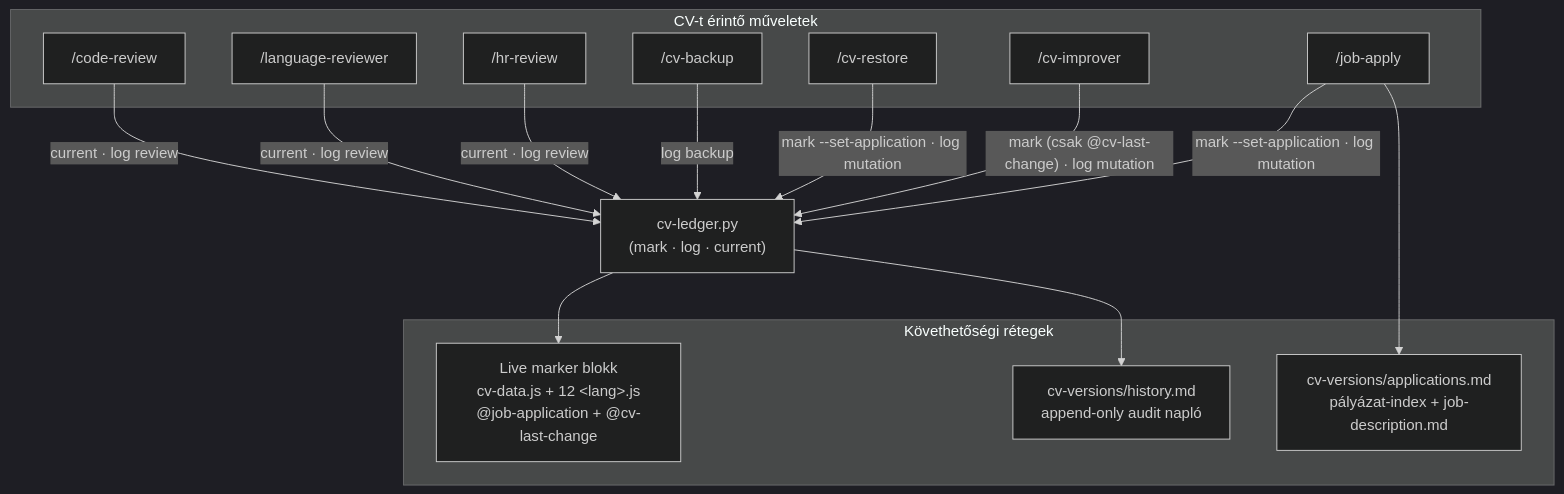
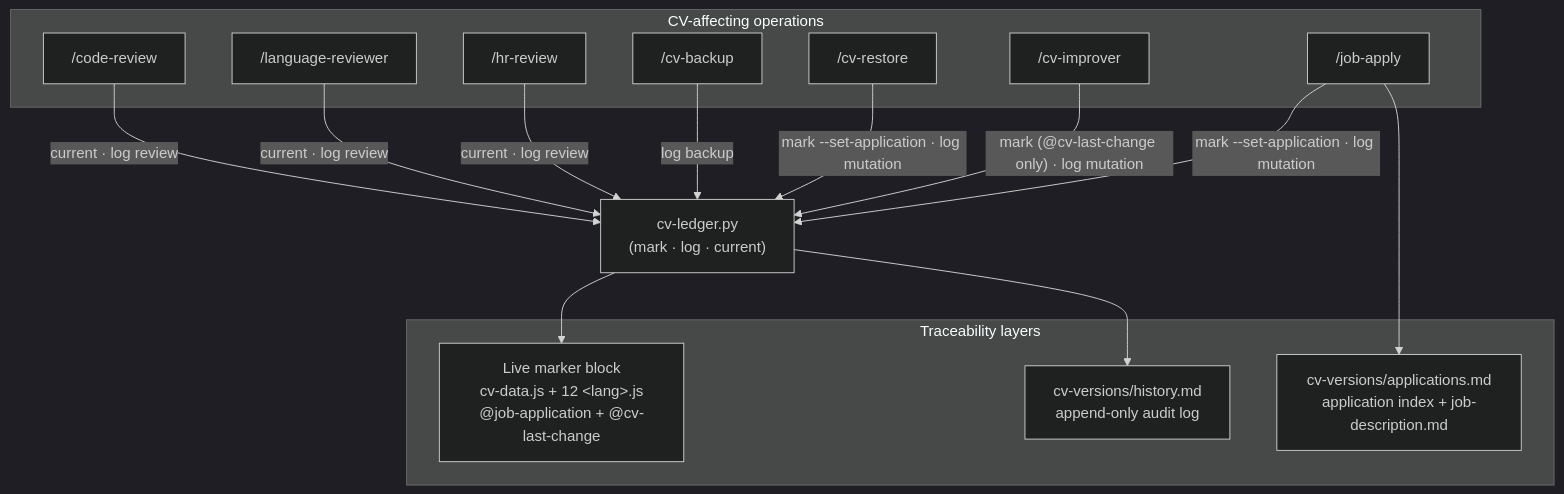
Before and after one commit to exphoenee/CV: the third of 5 diagrams in devdocs/ai-workflow.md, drawn with Mermaid (dark theme). The commit also changed other lines of this file and 11 other files, not shown here.

````diff
--- a/devdocs/ai-workflow.md
+++ b/devdocs/ai-workflow.md
@@ -304,32 +309,32 @@
 ```mermaid
 graph TD
-    subgraph Ops["CV-t érintő műveletek"]
+    subgraph Ops["CV-affecting operations"]
         JA["/job-apply"]
         CI["/cv-improver"]
         CVR["/cv-restore"]
         CB["/cv-backup"]
         HR["/hr-review"]
         LRV["/language-reviewer"]
         CRV["/code-review"]
     end
 
     LEDGER["cv-ledger.py<br/>(mark · log · current)"]
 
-    subgraph Trace["Követhetőségi rétegek"]
-        MARK["Live marker blokk<br/>cv-data.js + 12 &lt;lang&gt;.js<br/>@job-application + @cv-last-change"]
-        HIST["cv-versions/history.md<br/>append-only audit napló"]
-        APPS["cv-versions/applications.md<br/>pályázat-index + job-description.md"]
+    subgraph Trace["Traceability layers"]
+        MARK["Live marker block<br/>cv-data.js + 12 &lt;lang&gt;.js<br/>@job-application + @cv-last-change"]
+        HIST["cv-versions/history.md<br/>append-only audit log"]
+        APPS["cv-versions/applications.md<br/>application index + job-description.md"]
     end
 
     JA -->|"mark --set-application · log mutation"| LEDGER
-    CI -->|"mark (csak @cv-last-change) · log mutation"| LEDGER
+    CI -->|"mark (@cv-last-change only) · log mutation"| LEDGER
     CVR -->|"mark --set-application · log mutation"| LEDGER
     CB -->|"log backup"| LEDGER
     HR -->|"current · log review"| LEDGER
     LRV -->|"current · log review"| LEDGER
     CRV -->|"current · log review"| LEDGER
 
     LEDGER --> MARK
     LEDGER --> HIST
     JA --> APPS
 ```
````
